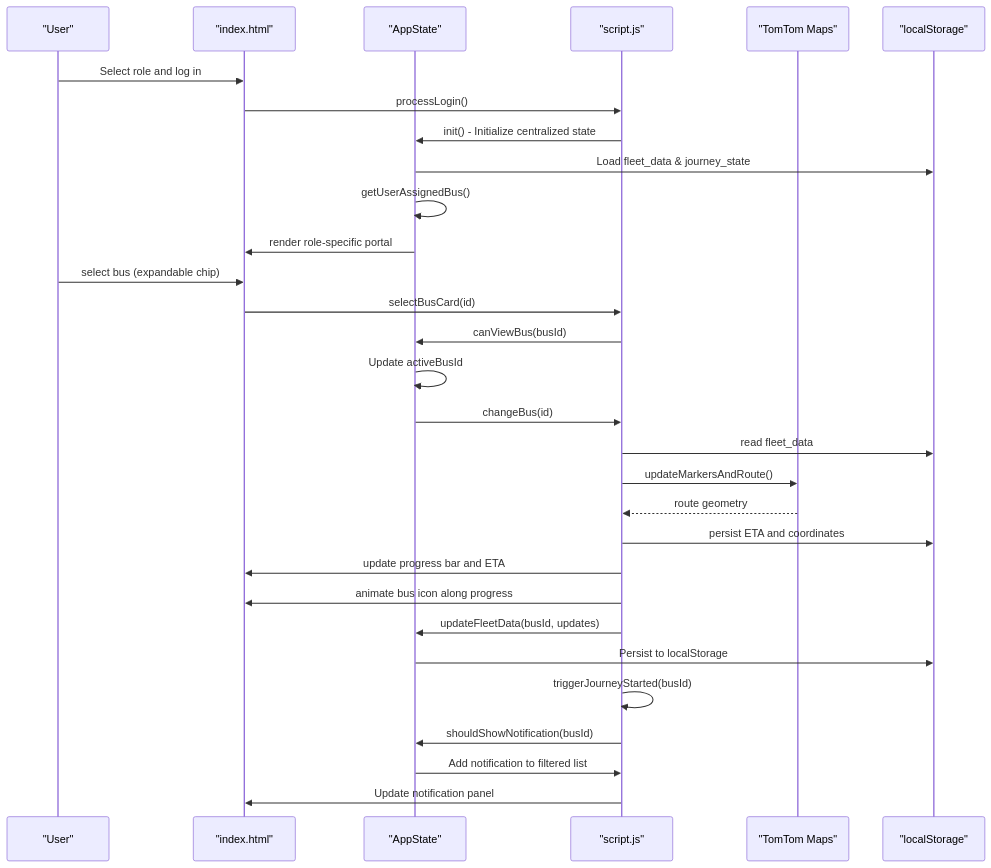
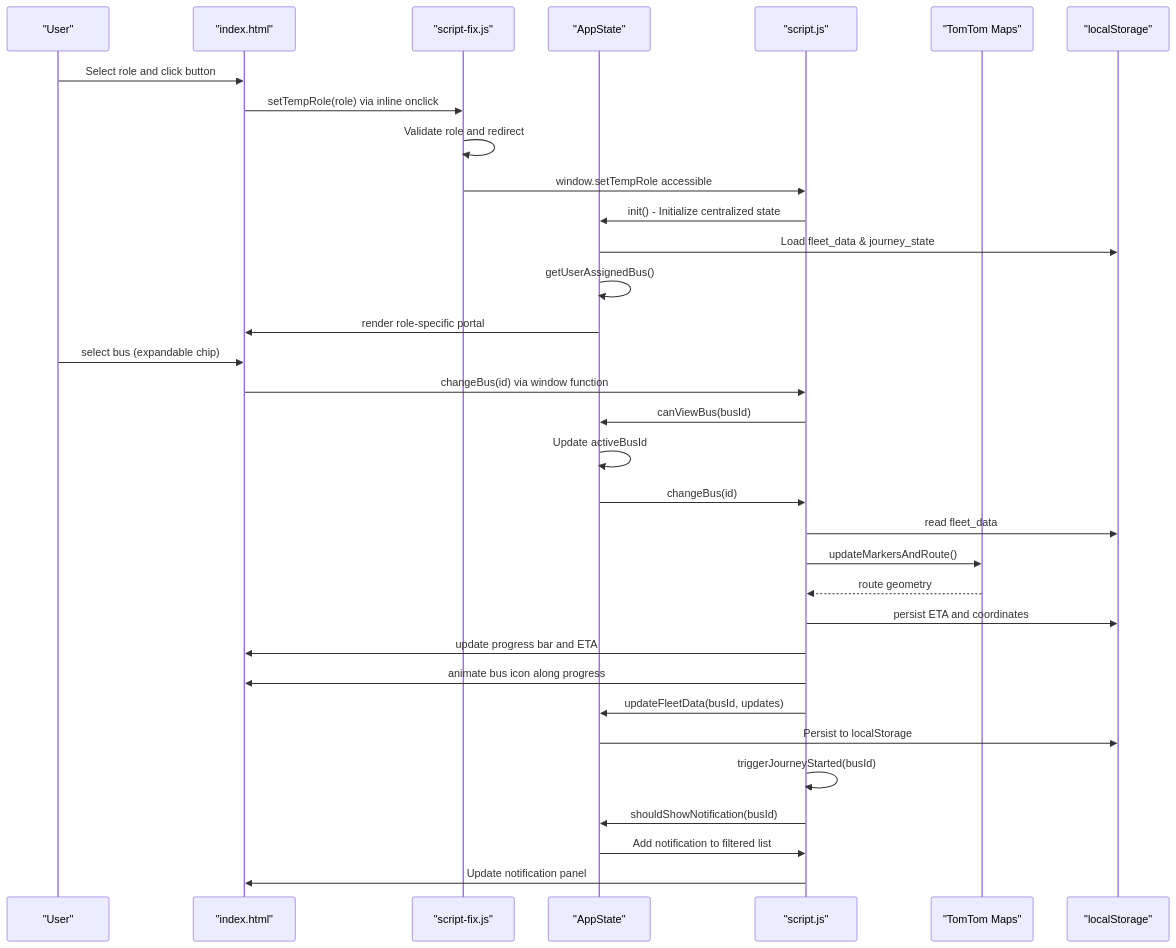
Before and after one commit to Rehanpatel3858/BusTrack-Pro: the second of 5 diagrams in .qoder/repowiki/en/content/Fleet Management Features.md, drawn with Mermaid. The commit also changed other lines of this file and 6 other files, not shown here.

````diff
--- a/.qoder/repowiki/en/content/Fleet Management Features.md
+++ b/.qoder/repowiki/en/content/Fleet Management Features.md
@@ -103,32 +108,35 @@
 ```mermaid
 sequenceDiagram
 participant U as "User"
 participant IDX as "index.html"
+participant SF as "script-fix.js"
 participant AS as "AppState"
 participant JS as "script.js"
 participant MAP as "TomTom Maps"
 participant LS as "localStorage"
-U->>IDX : Select role and log in
-IDX->>JS : processLogin()
+U->>IDX : Select role and click button
+IDX->>SF : setTempRole(role) via inline onclick
+SF->>SF : Validate role and redirect
+SF->>JS : window.setTempRole accessible
 JS->>AS : init() - Initialize centralized state
 AS->>LS : Load fleet_data & journey_state
 AS->>AS : getUserAssignedBus()
 AS->>IDX : render role-specific portal
 U->>IDX : select bus (expandable chip)
-IDX->>JS : selectBusCard(id)
+IDX->>JS : changeBus(id) via window function
 JS->>AS : canViewBus(busId)
 AS->>AS : Update activeBusId
 AS->>JS : changeBus(id)
 JS->>LS : read fleet_data
 JS->>MAP : updateMarkersAndRoute()
 MAP-->>JS : route geometry
 JS->>LS : persist ETA and coordinates
 JS->>IDX : update progress bar and ETA
 JS->>IDX : animate bus icon along progress
 JS->>AS : updateFleetData(busId, updates)
 AS->>LS : Persist to localStorage
 JS->>JS : triggerJourneyStarted(busId)
 JS->>AS : shouldShowNotification(busId)
 AS->>JS : Add notification to filtered list
 JS->>IDX : Update notification panel
 ```
````
